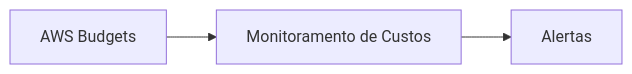
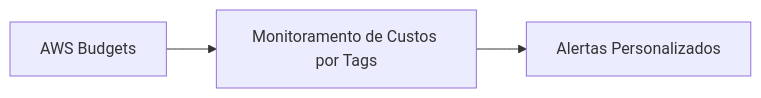
Before and after one commit to lvgalvao/data-engineering-roadmap: the fifth of 6 diagrams in Bootcamp - Cloud para dados/Aula_10/README.md, drawn with Mermaid. The commit also changed other lines of this file, not shown here.

````diff
--- a/Bootcamp - Cloud para dados/Aula_10/README.md
+++ b/Bootcamp - Cloud para dados/Aula_10/README.md
@@ -162,5 +237,5 @@
    ```mermaid
    graph LR
-       Budgets[AWS Budgets] --> Monitoring[Monitoramento de Custos]
-       Monitoring --> Alerts[Alertas]
+       Budgets[AWS Budgets] --> Monitoring[Monitoramento de Custos por Tags]
+       Monitoring --> Alerts[Alertas Personalizados]
    ```
````
